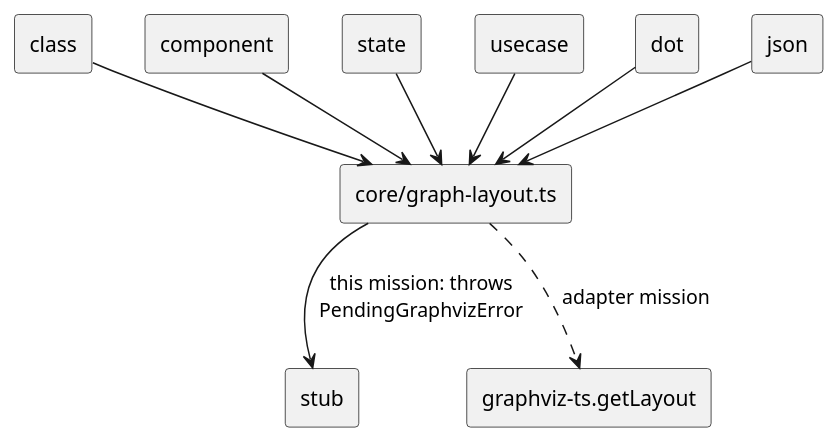
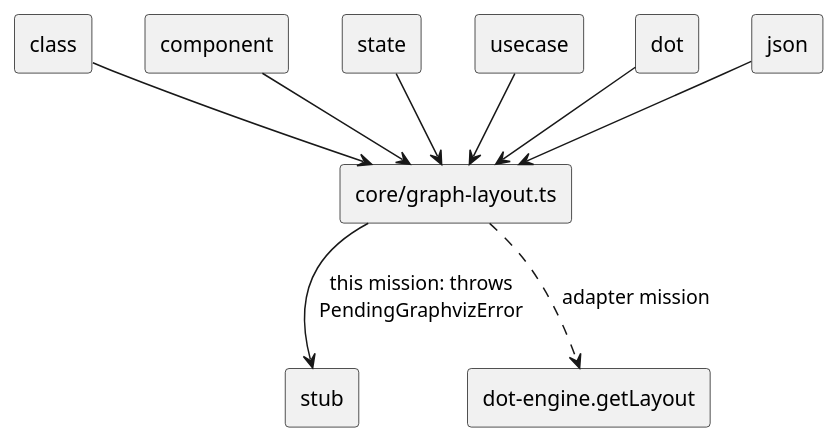
Before and after one commit to knowvah/plantuml-ts: the diagram in plans/burn-graphviz-engines/README.md, drawn with PlantUML. The commit also changed other lines of this file and 111 other files, not shown here.

First line of the commit message:
docs: call the layout engine dot-engine throughout

````diff
--- a/plans/burn-graphviz-engines/README.md
+++ b/plans/burn-graphviz-engines/README.md
@@ -25,25 +25,25 @@
 ```plantuml
 @startuml
 skinparam componentStyle rectangle
 skinparam shadowing false
 
 [class] as C
 [core/graph-layout.ts] as GL
 [component] as CO
 [state] as S
 [usecase] as U
 [dot] as D
 [json] as J
 [stub] as X
-[graphviz-ts.getLayout] as GV
+[dot-engine.getLayout] as GV
 
 C --> GL
 CO --> GL
 S --> GL
 U --> GL
 D --> GL
 J --> GL
 GL --> X : this mission: throws\nPendingGraphvizError
 GL ..> GV : adapter mission
 @enduml
 ```
````
